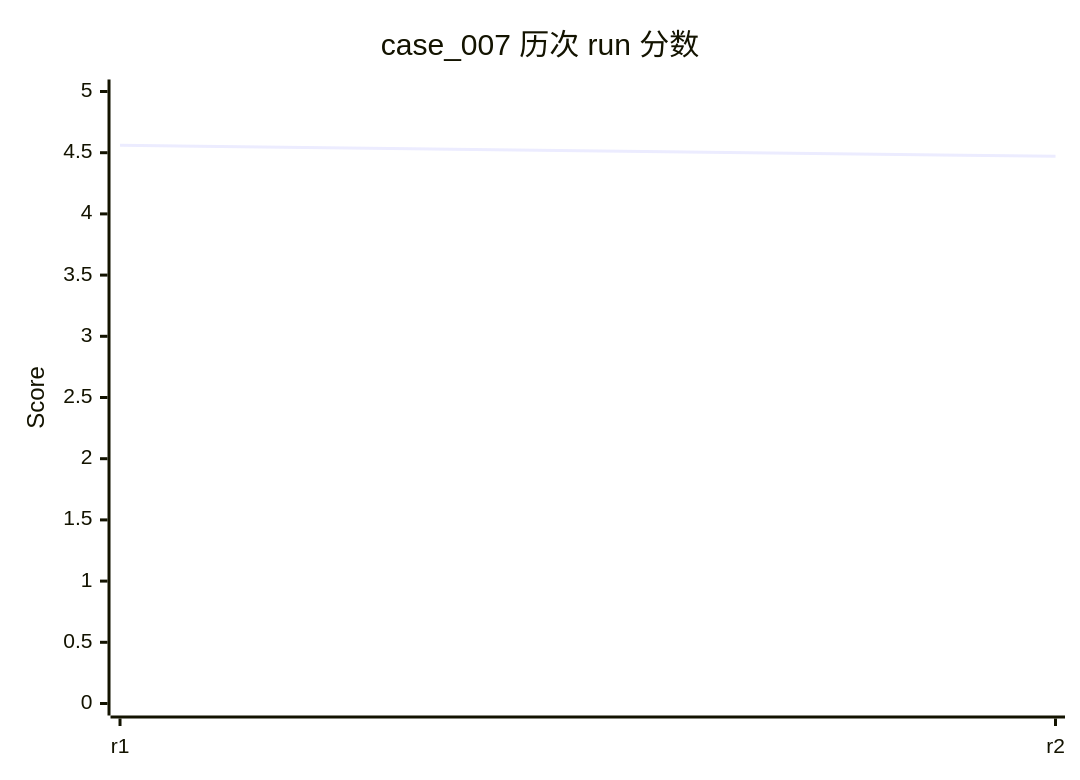
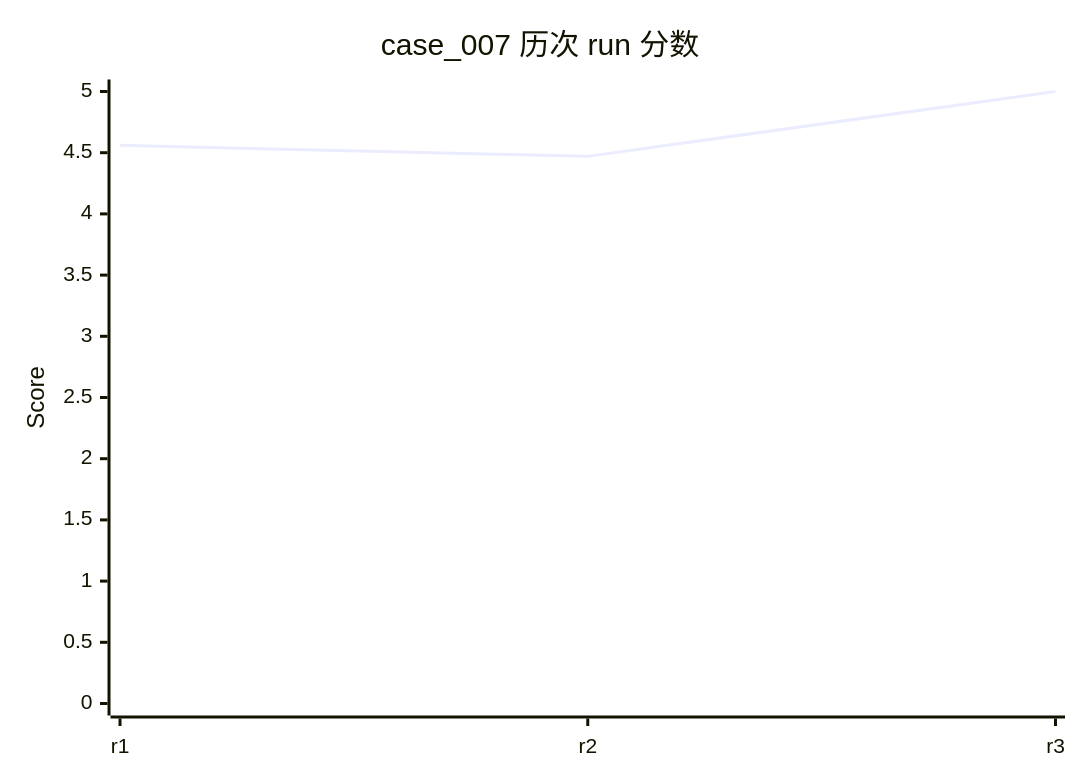
Diagram 13 of 34 in evals/DASHBOARD.md (rushengzhou/sid-code), drawn with Mermaid before and after one commit. The commit also changed other lines of this file and 63 other files, not shown here.

````diff
--- a/evals/DASHBOARD.md
+++ b/evals/DASHBOARD.md
@@ -243,7 +318,7 @@
 ```mermaid
 xychart-beta
     title "case_007 历次 run 分数"
-    x-axis [r1, r2]
+    x-axis [r1, r2, r3]
     y-axis "Score" 0 --> 5
-    line [4.56, 4.47]
+    line [4.56, 4.47, 5.00]
 ```
````
